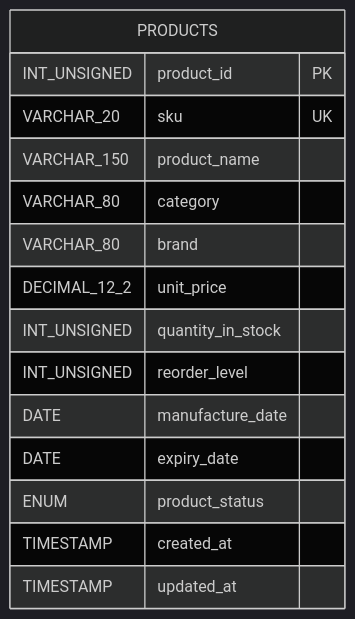
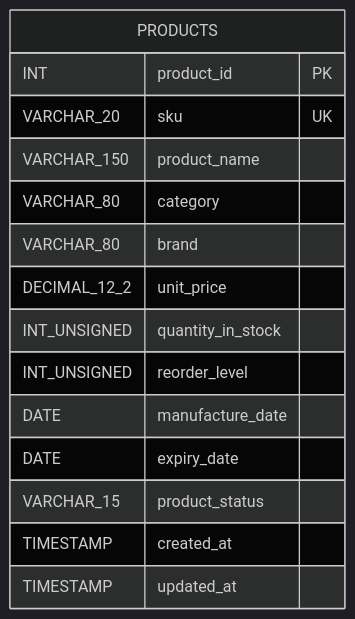
The fourth of 20 diagrams in sql-exercises-part-1.md (arvind-codegnan/cdg-hyd-jfs-058), drawn with Mermaid (dark theme) before and after one commit. The commit also changed other lines of this file, not shown here.

````diff
--- a/sql-exercises-part-1.md
+++ b/sql-exercises-part-1.md
@@ -149,18 +149,18 @@
 ```mermaid
 erDiagram
     PRODUCTS {
-        INT_UNSIGNED product_id PK
+        INT product_id PK
         VARCHAR_20 sku UK
         VARCHAR_150 product_name
         VARCHAR_80 category
         VARCHAR_80 brand
         DECIMAL_12_2 unit_price
         INT_UNSIGNED quantity_in_stock
         INT_UNSIGNED reorder_level
         DATE manufacture_date
         DATE expiry_date
-        ENUM product_status
+        VARCHAR_15 product_status
         TIMESTAMP created_at
         TIMESTAMP updated_at
     }
 ```
````
